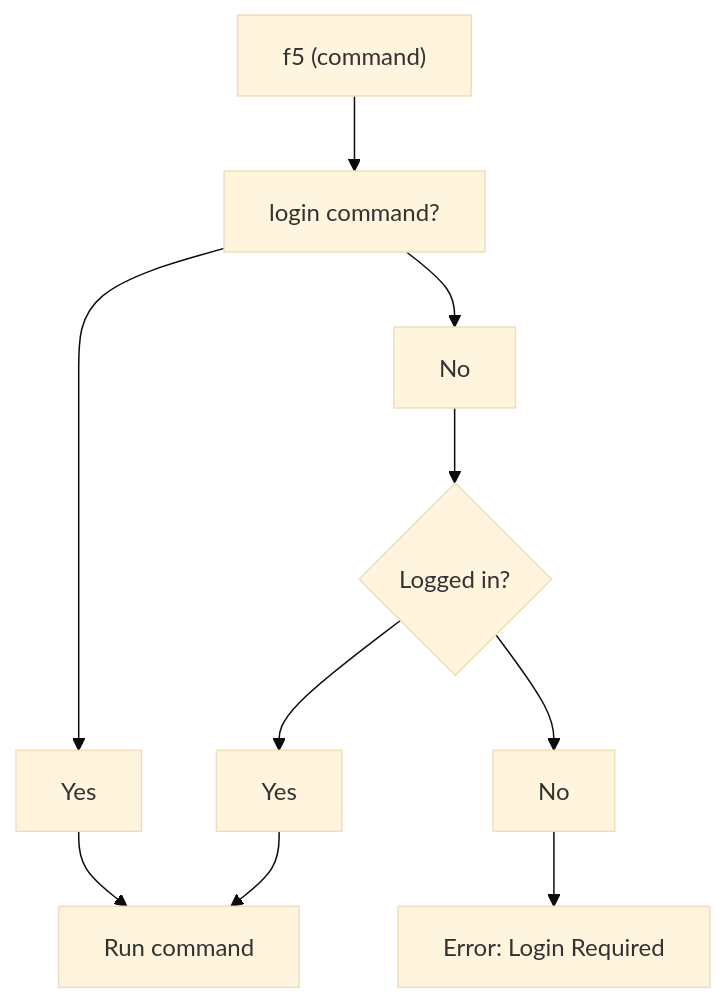
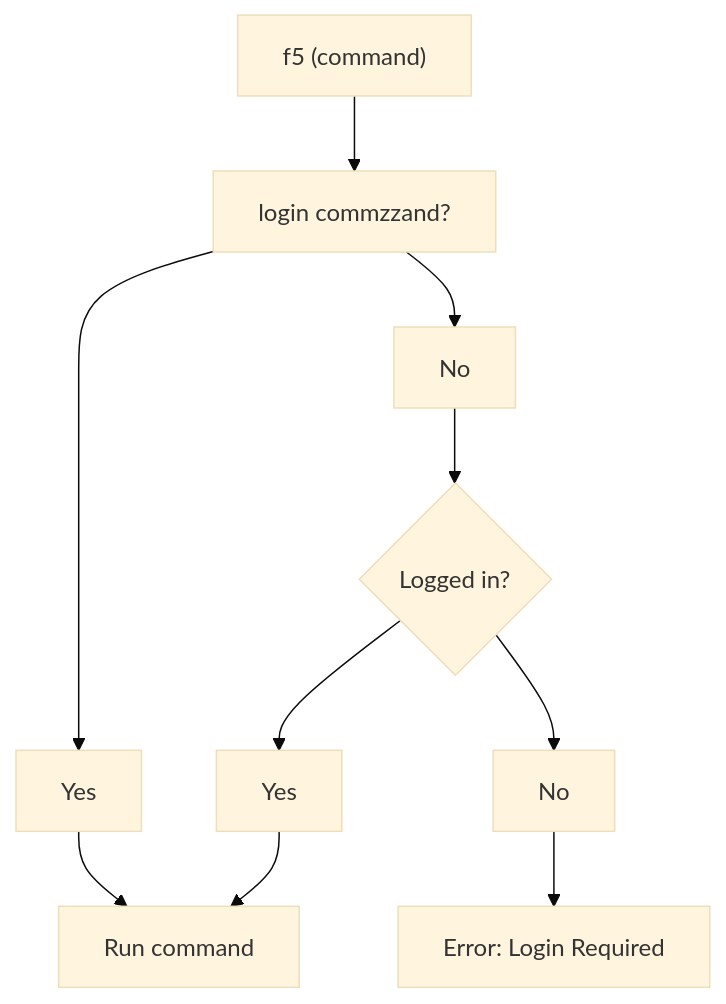
One commit to f5devcentral/f5-cli changed the diagram in docs/diagrams/src/login_decision_tree.mmd. Above: the diagram before and after it, drawn with Mermaid (base theme).

```diff
--- a/docs/diagrams/src/login_decision_tree.mmd
+++ b/docs/diagrams/src/login_decision_tree.mmd
@@ -1,10 +1,10 @@
 graph TB
-    init["f5 (command)"] --> login_cmd[login command?]
+    init["f5 (command)"] --> login_cmd[login commzzand?]
     login_cmd --> login_cmd_yes[Yes]
     login_cmd --> login_cmd_no[No]
     login_cmd_yes --> run_cmd[Run command]
     login_cmd_no --> cmd_bigip_logged_in{Logged in?}
     cmd_bigip_logged_in --> cmd_bigip_run_cmd[Yes]
     cmd_bigip_logged_in --> cmd_bigip_login_required[No]
     cmd_bigip_run_cmd --> run_cmd
     cmd_bigip_login_required --> login_required[Error: Login Required]
```
